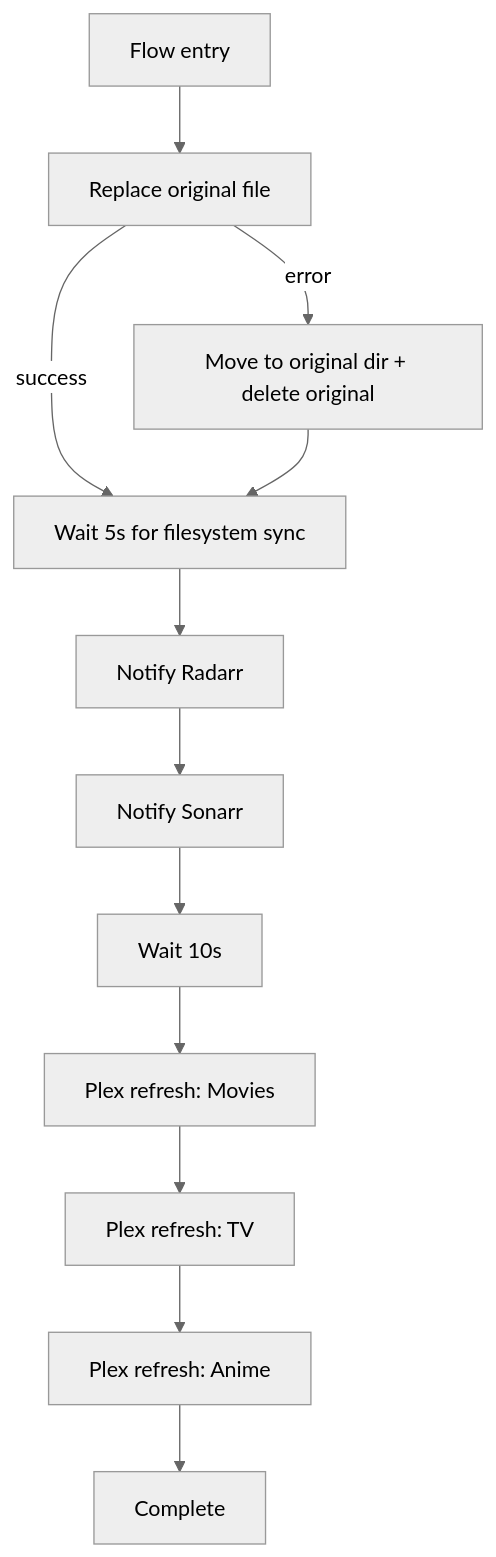
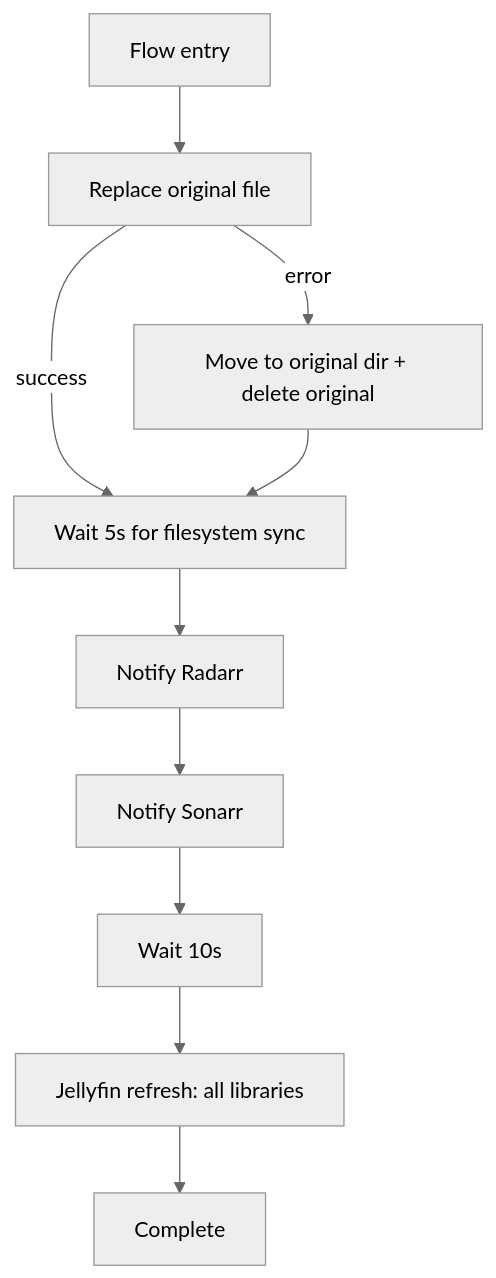
Before and after one commit to Apocrathia/homelab: the fifth of 5 diagrams in flux/manifests/04-apps/media/management/tdarr/flows/README.md, drawn with Mermaid (neutral theme). The commit also changed other lines of this file and 1 other file, not shown here.

First line of the commit message:
feat(tdarr): refresh Jellyfin instead of Plex after transcode

````diff
--- a/flux/manifests/04-apps/media/management/tdarr/flows/README.md
+++ b/flux/manifests/04-apps/media/management/tdarr/flows/README.md
@@ -88,14 +88,12 @@
 ```mermaid
 flowchart TD
     Start["Flow entry"] --> Replace["Replace original file"]
     Replace -->|success| Wait["Wait 5s for filesystem sync"]
     Replace -->|error| Fallback["Move to original dir + delete original"]
     Fallback --> Wait
     Wait --> Radarr["Notify Radarr"]
     Radarr --> Sonarr["Notify Sonarr"]
-    Sonarr --> PlexWait["Wait 10s"]
-    PlexWait --> PlexMovies["Plex refresh: Movies"]
-    PlexMovies --> PlexTV["Plex refresh: TV"]
-    PlexTV --> PlexAnime["Plex refresh: Anime"]
-    PlexAnime --> Done["Complete"]
+    Sonarr --> JellyfinWait["Wait 10s"]
+    JellyfinWait --> JellyfinRefresh["Jellyfin refresh: all libraries"]
+    JellyfinRefresh --> Done["Complete"]
 ```
````
